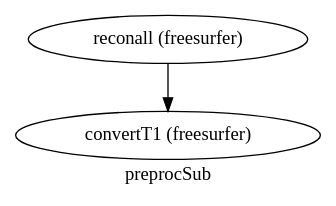
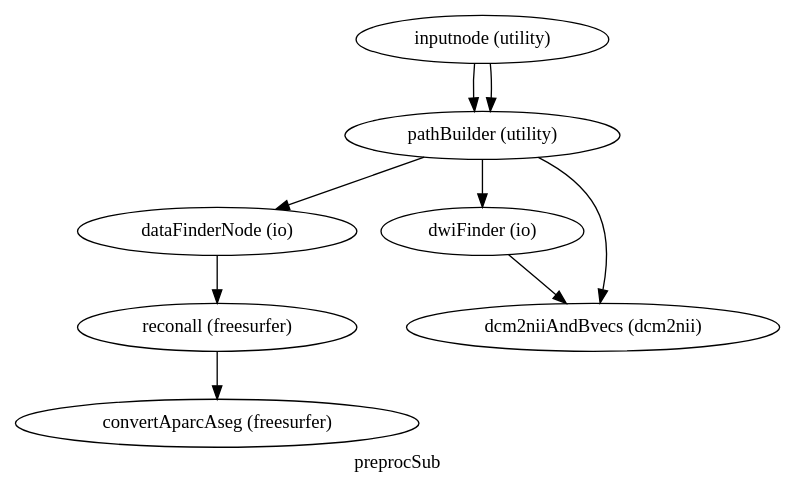
The diagram in notebooks/workflow_graph.dot (BrainModes/TVB-Pypeline), drawn with Graphviz before and after one commit. The commit also changed 4 other files, not shown here.

```diff
--- a/notebooks/workflow_graph.dot
+++ b/notebooks/workflow_graph.dot
@@ -1,6 +1,18 @@
 digraph preprocSub{
   label="preprocSub";
+  preprocSub_inputnode[label="inputnode (utility)"];
+  preprocSub_pathBuilder[label="pathBuilder (utility)"];
+  preprocSub_dataFinderNode[label="dataFinderNode (io)"];
   preprocSub_reconall[label="reconall (freesurfer)"];
-  preprocSub_convertT1[label="convertT1 (freesurfer)"];
-  preprocSub_reconall -> preprocSub_convertT1;
+  preprocSub_convertAparcAseg[label="convertAparcAseg (freesurfer)"];
+  preprocSub_dwiFinder[label="dwiFinder (io)"];
+  preprocSub_dcm2niiAndBvecs[label="dcm2niiAndBvecs (dcm2nii)"];
+  preprocSub_inputnode -> preprocSub_pathBuilder;
+  preprocSub_inputnode -> preprocSub_pathBuilder;
+  preprocSub_pathBuilder -> preprocSub_dataFinderNode;
+  preprocSub_pathBuilder -> preprocSub_dcm2niiAndBvecs;
+  preprocSub_pathBuilder -> preprocSub_dwiFinder;
+  preprocSub_dataFinderNode -> preprocSub_reconall;
+  preprocSub_reconall -> preprocSub_convertAparcAseg;
+  preprocSub_dwiFinder -> preprocSub_dcm2niiAndBvecs;
 }
```
